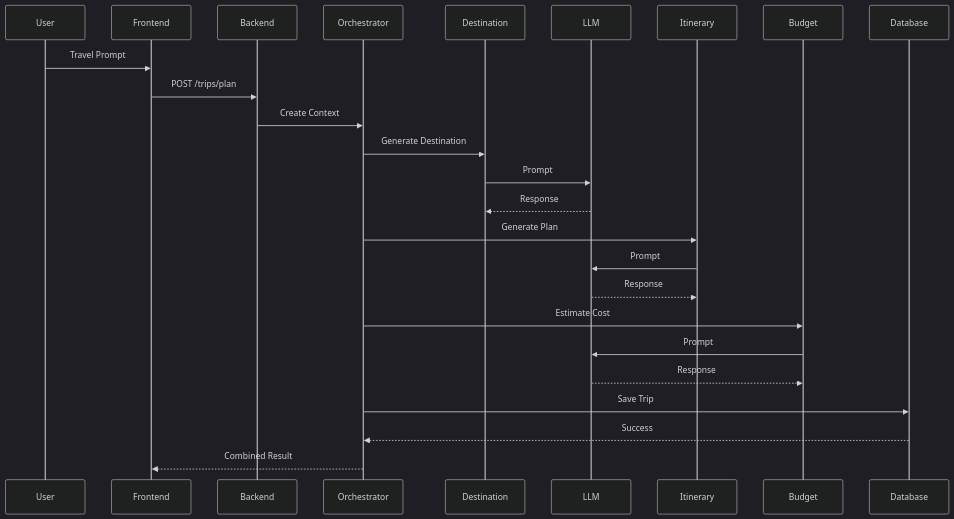
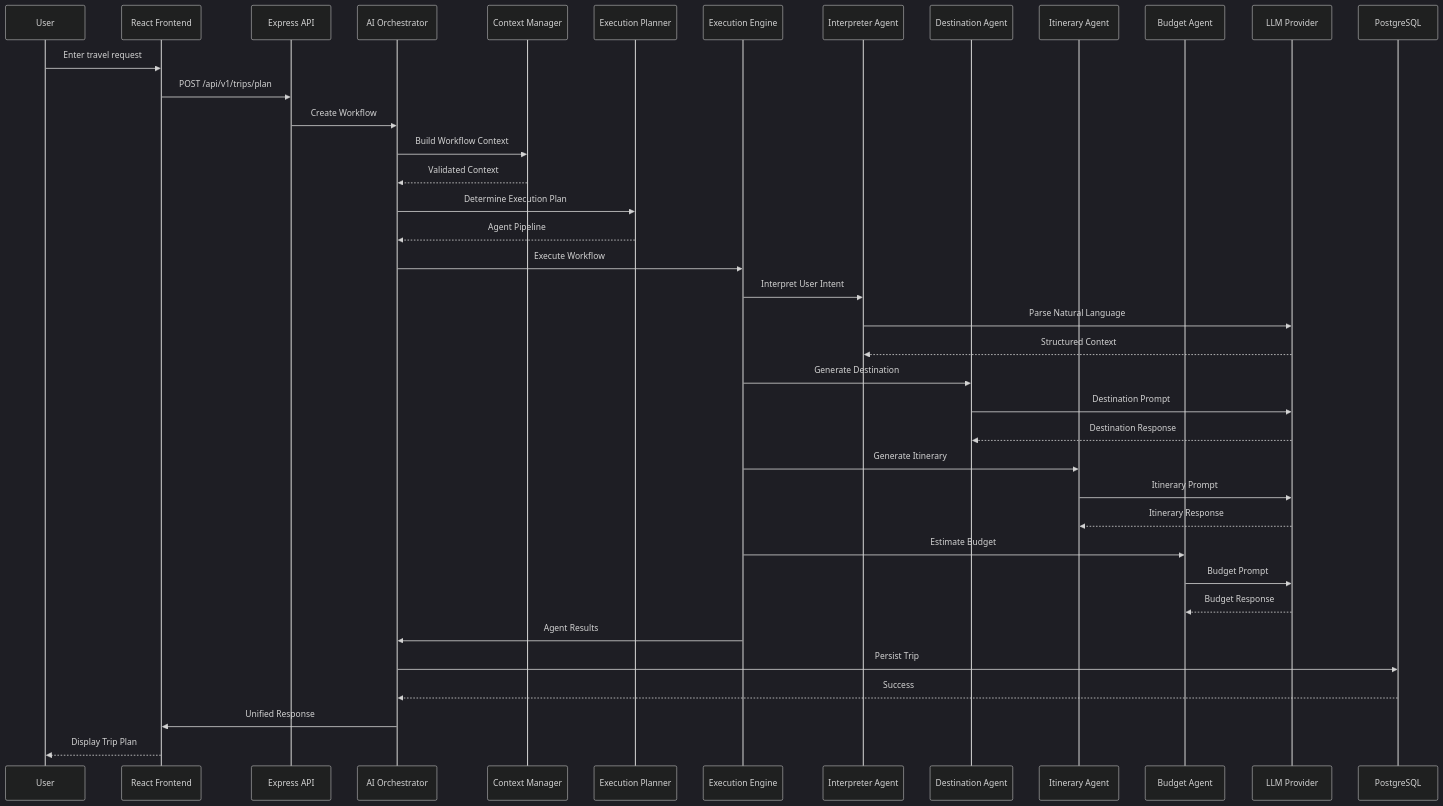
One commit to shujaa786/Trip_Adviser.AI changed the second of 2 diagrams in README.md. Above: the diagram before and after it, drawn with Mermaid (dark theme). The commit also changed other lines of this file, not shown here.

First line of the commit message:
Revise architecture and workflow diagrams

````diff
--- a/README.md
+++ b/README.md
@@ -56,18 +101,56 @@
-``` mermaid
+```mermaid
 sequenceDiagram
-User->>Frontend: Travel Prompt
-Frontend->>Backend: POST /trips/plan
-Backend->>Orchestrator: Create Context
-Orchestrator->>Destination: Generate Destination
-Destination->>LLM: Prompt
-LLM-->>Destination: Response
-Orchestrator->>Itinerary: Generate Plan
-Itinerary->>LLM: Prompt
-LLM-->>Itinerary: Response
-Orchestrator->>Budget: Estimate Cost
-Budget->>LLM: Prompt
-LLM-->>Budget: Response
-Orchestrator->>Database: Save Trip
-Database-->>Orchestrator: Success
-Orchestrator-->>Frontend: Combined Result
+
+    participant U as User
+    participant FE as React Frontend
+    participant API as Express API
+    participant O as AI Orchestrator
+    participant C as Context Manager
+    participant P as Execution Planner
+    participant E as Execution Engine
+    participant I as Interpreter Agent
+    participant D as Destination Agent
+    participant T as Itinerary Agent
+    participant B as Budget Agent
+    participant L as LLM Provider
+    participant DB as PostgreSQL
+
+    U->>FE: Enter travel request
+
+    FE->>API: POST /api/v1/trips/plan
+
+    API->>O: Create Workflow
+
+    O->>C: Build Workflow Context
+    C-->>O: Validated Context
+
+    O->>P: Determine Execution Plan
+    P-->>O: Agent Pipeline
+
+    O->>E: Execute Workflow
+
+    E->>I: Interpret User Intent
+    I->>L: Parse Natural Language
+    L-->>I: Structured Context
+
+    E->>D: Generate Destination
+    D->>L: Destination Prompt
+    L-->>D: Destination Response
+
+    E->>T: Generate Itinerary
+    T->>L: Itinerary Prompt
+    L-->>T: Itinerary Response
+
+    E->>B: Estimate Budget
+    B->>L: Budget Prompt
+    L-->>B: Budget Response
+
+    E->>O: Agent Results
+
+    O->>DB: Persist Trip
+    DB-->>O: Success
+
+    O->>FE: Unified Response
+
+    FE-->>U: Display Trip Plan
 ```
````
